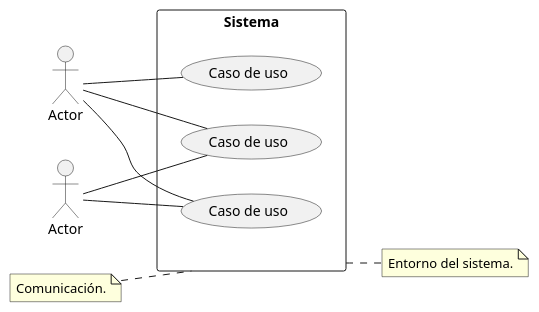
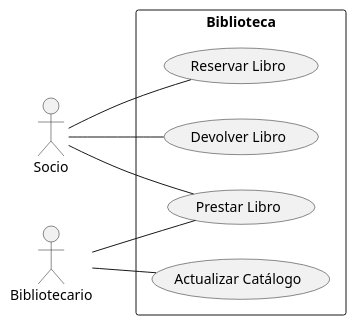
Before and after one commit to sergikarx/casos-de-uso-con-PlantUml-II-Sergio-Aroca: the diagram in src/casos_de_uso_con_PlantUml_IISAM.puml, drawn with PlantUML. The commit also changed 1 other file, not shown here.

Commit message:
Segundo ejemplo del video

```diff
--- a/src/casos_de_uso_con_PlantUml_IISAM.puml
+++ b/src/casos_de_uso_con_PlantUml_IISAM.puml
@@ -1,20 +1,19 @@
 @startuml
 left to right direction
-:Actor: as Actor
-:Actor: as Actor2
+:Socio: as Actor
+:Bibliotecario: as Actor2
 
-rectangle Sistema as Sistema  {
-(Caso de uso) as Caso1
-(Caso de uso) as Caso2
-(Caso de uso) as Caso3
+rectangle Biblioteca as Biblioteca  {
+(Reservar Libro) as Reservar
+(Prestar Libro) as Prestar
+(Devolver Libro) as Devolver
+(Actualizar Catálogo) as Actualizar
 }
-note right of Sistema : Entorno del sistema.
-note left of Sistema : Comunicación.
 
-Actor -- Caso1
-Actor -- Caso2
-Actor -- Caso3
+Actor -- Reservar
+Actor -- Prestar
+Actor -- Devolver
 
-Actor2 -- Caso1
-Actor2 -- Caso3
+Actor2 -- Prestar
+Actor2 -- Actualizar
 @enduml
```
